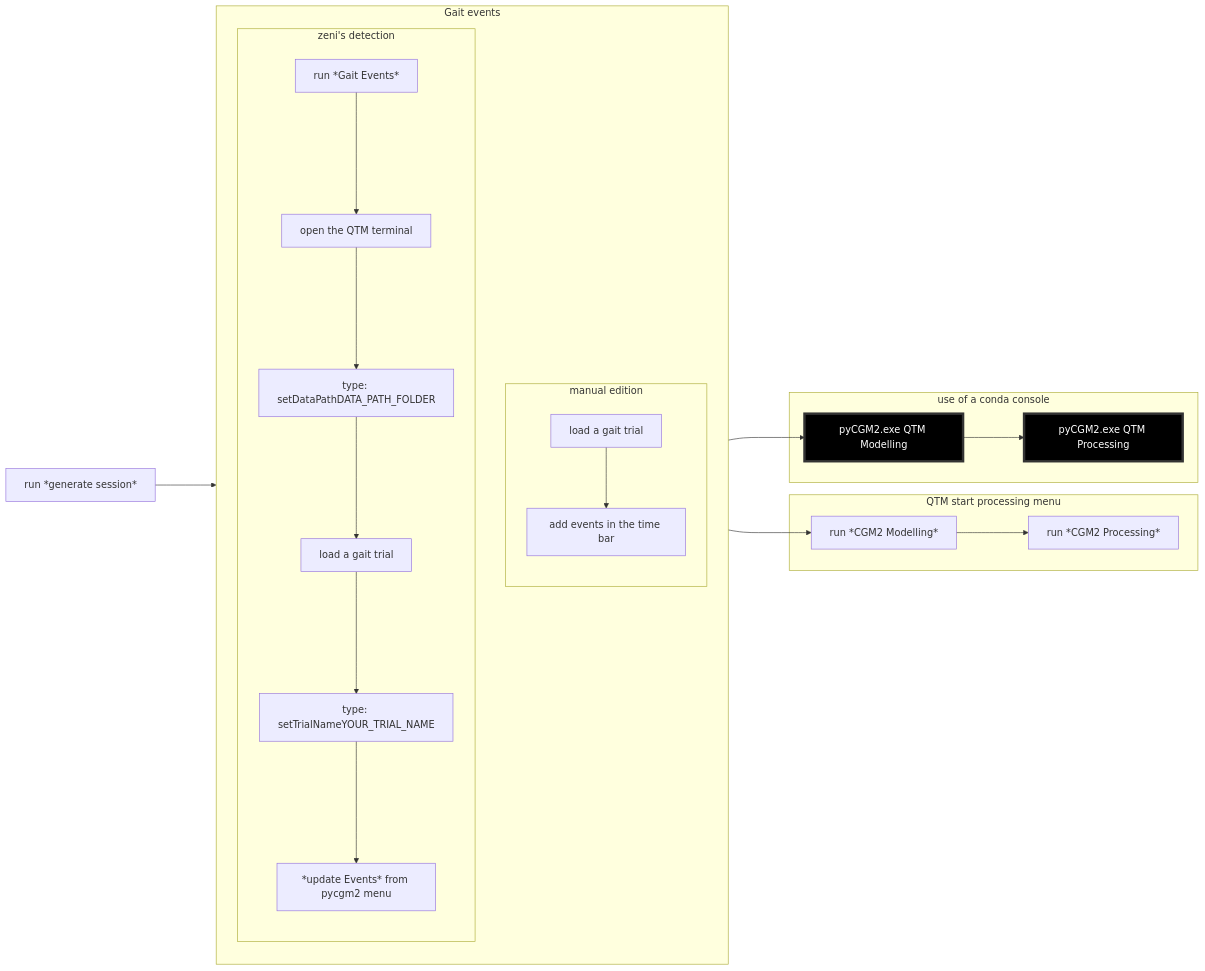
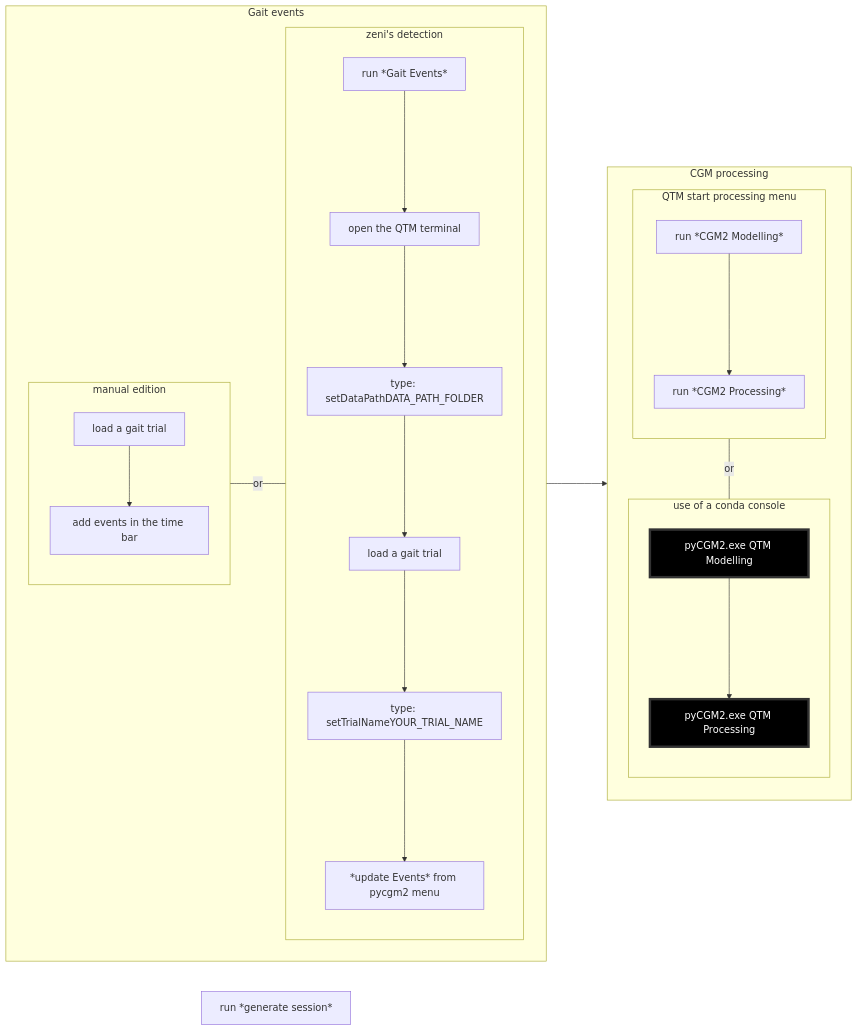
One commit to pyCGM2/Doc changed the diagram in content/NexusQualisys/Qtm Apps/_index.en.md. Above: the diagram before and after it, drawn with Mermaid.

Commit message:
mermaid improve

```diff
--- a/content/NexusQualisys/Qtm Apps/_index.en.md
+++ b/content/NexusQualisys/Qtm Apps/_index.en.md
@@ -31,44 +31,64 @@
 {{< mermaid align="left" theme="neutral" >}}
 flowchart LR
   
   generate[run *generate session*]
 
   subgraph events[Gait events]
+    direction LR
 
     subgraph manual[manual edition]
       direction TB
       events1[load a gait trial]
       events11[add events in the time bar]
      end
      events1-->events11
      
     subgraph zeni[zeni's detection]
       direction TB
       events2[run *Gait Events*]
       events21[open the QTM terminal]
       events22[type: setDataPathDATA_PATH_FOLDER]
       events23[load a gait trial]
       events24[type: setTrialNameYOUR_TRIAL_NAME]
       events25[*update Events* from pycgm2 menu]
     end
     events2--->events21--->events22--->events23--->events24--->events25
-  
+
+    manual-- or ---zeni
+ 
   end
 
-  subgraph qtm[QTM start processing menu]
-    modelling[run *CGM2 Modelling*]
-    processing[run *CGM2 Processing*]
+
+  subgraph cgmprocessing[CGM processing]
+
+    subgraph qtm[QTM start processing menu]
+      direction TB
+      modelling[run *CGM2 Modelling*]
+      processing[run *CGM2 Processing*]
+    
+      modelling--->processing
+    end
+
+
+    subgraph pyCGM2commands[use of a conda console]
+      direction TB
+      modelling2[pyCGM2.exe QTM Modelling]
+      processing2[pyCGM2.exe QTM Processing]
+    end
+
+    modelling2--->processing2
+    style modelling2 fill:#000000,stroke:#333,stroke-width:4px,color:#ffffff
+    style processing2 fill:#000000,stroke:#333,stroke-width:4px,color:#ffffff
+
+    qtm-- or ---pyCGM2commands
   end
 
-  subgraph pyCGM2commands[use of a conda console]
-    modelling2[pyCGM2.exe QTM Modelling]
-    processing2[pyCGM2.exe QTM Processing]
-  end
-  style modelling2 fill:#000000,stroke:#333,stroke-width:4px,color:#ffffff
-  style processing2 fill:#000000,stroke:#333,stroke-width:4px,color:#ffffff
+  events--->cgmprocessing
+
+
+  
 
 
 
-  generate--->events--->modelling--->processing
-  events--->modelling2--->processing2
+
 {{< /mermaid >}}
```
